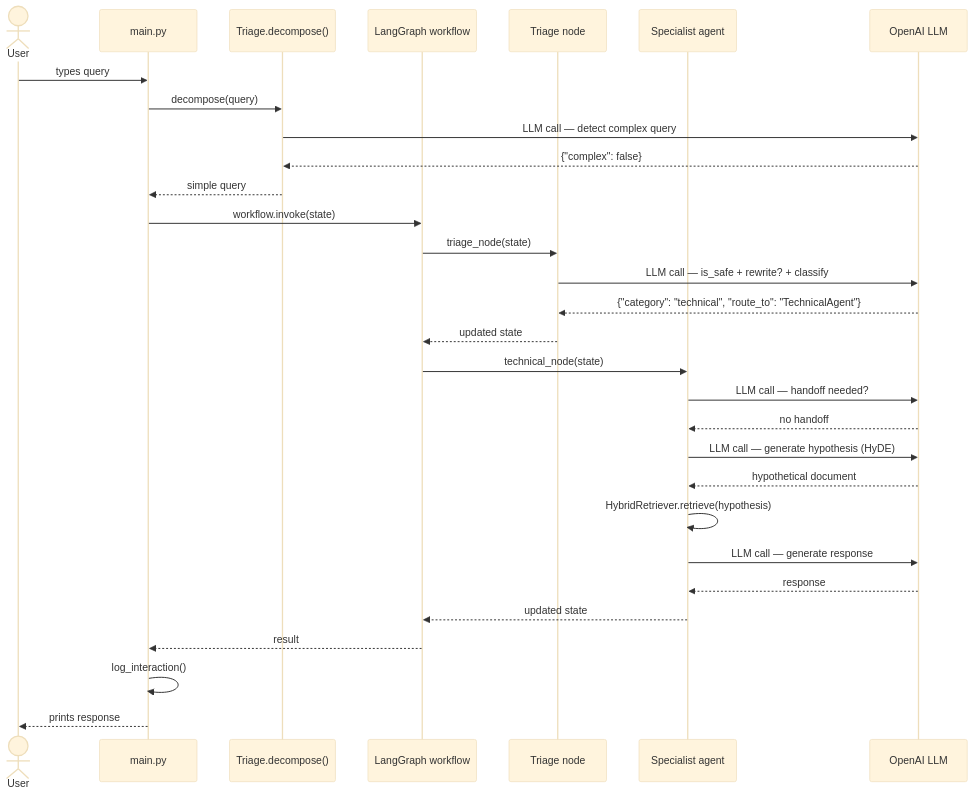
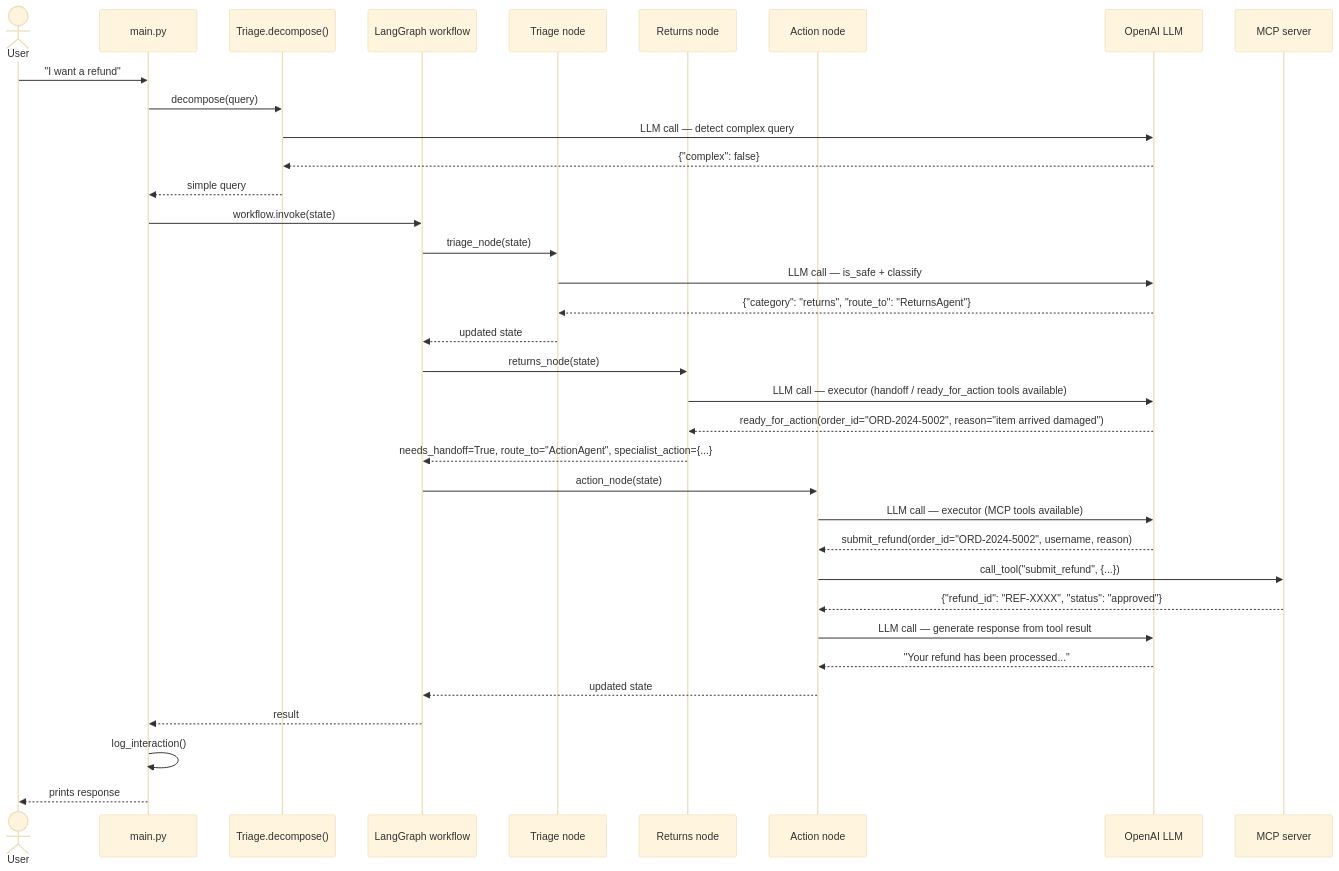
Before and after one commit to renatogoedert/AI_CustomerAssistant: the first of 2 diagrams in README.md, drawn with Mermaid (base theme). The commit also changed 11 other files, not shown here.

````diff
--- a/README.md
+++ b/README.md
@@ -111,36 +111,42 @@
 ```mermaid
 sequenceDiagram
     actor User
     participant main as main.py
     participant decomp as Triage.decompose()
     participant wf as LangGraph workflow
     participant triage as Triage node
-    participant agent as Specialist agent
+    participant returns as Returns node
+    participant action as Action node
     participant llm as OpenAI LLM
+    participant mcp as MCP server
 
-    User->>main: types query
+    User->>main: "I want a refund"
     main->>decomp: decompose(query)
     decomp->>llm: LLM call — detect complex query
     llm-->>decomp: {"complex": false}
     decomp-->>main: simple query
 
     main->>wf: workflow.invoke(state)
     wf->>triage: triage_node(state)
-    triage->>llm: LLM call — is_safe + rewrite? + classify
-    llm-->>triage: {"category": "technical", "route_to": "TechnicalAgent"}
+    triage->>llm: LLM call — is_safe + classify
+    llm-->>triage: {"category": "returns", "route_to": "ReturnsAgent"}
     triage-->>wf: updated state
 
-    wf->>agent: technical_node(state)
-    agent->>llm: LLM call — handoff needed?
-    llm-->>agent: no handoff
-    agent->>llm: LLM call — generate hypothesis (HyDE)
-    llm-->>agent: hypothetical document
-    agent->>agent: HybridRetriever.retrieve(hypothesis)
-    agent->>llm: LLM call — generate response
-    llm-->>agent: response
-    agent-->>wf: updated state
+    wf->>returns: returns_node(state)
+    returns->>llm: LLM call — executor (handoff / ready_for_action tools available)
+    llm-->>returns: ready_for_action(order_id="ORD-2024-5002", reason="item arrived damaged")
+    returns-->>wf: needs_handoff=True, route_to="ActionAgent", specialist_action={...}
+
+    wf->>action: action_node(state)
+    action->>llm: LLM call — executor (MCP tools available)
+    llm-->>action: submit_refund(order_id="ORD-2024-5002", username, reason)
+    action->>mcp: call_tool("submit_refund", {...})
+    mcp-->>action: {"refund_id": "REF-XXXX", "status": "approved"}
+    action->>llm: LLM call — generate response from tool result
+    llm-->>action: "Your refund has been processed..."
+    action-->>wf: updated state
 
     wf-->>main: result
     main->>main: log_interaction()
     main-->>User: prints response
 ```
````
